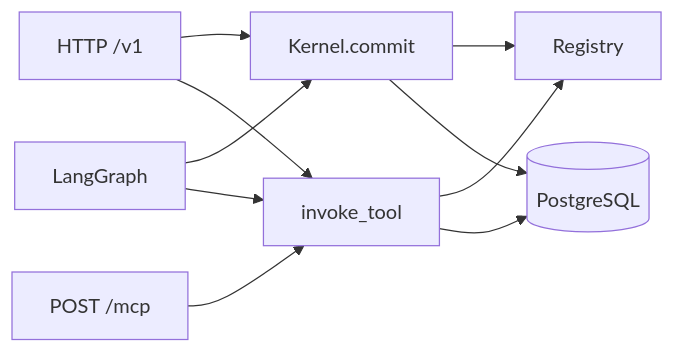
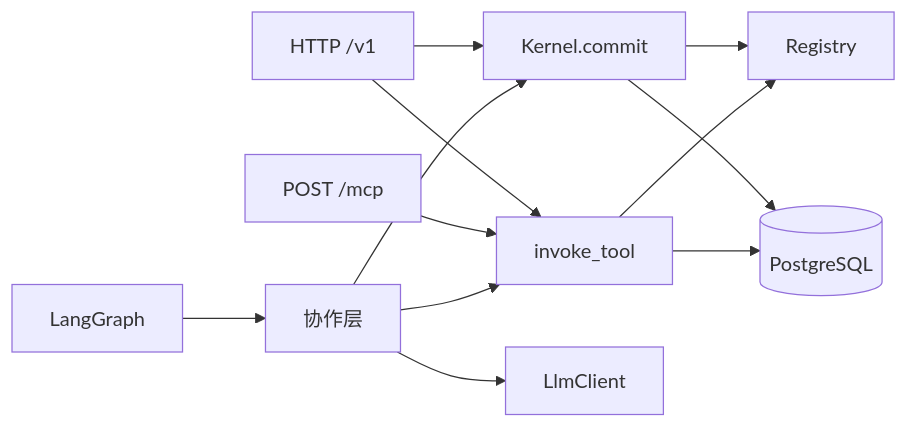
One commit to Covertrick/ACCK changed the first of 4 diagrams in docs/ARCHITECTURE.md. Above: the diagram before and after it, drawn with Mermaid. The commit also changed other lines of this file and 15 other files, not shown here.

````diff
--- a/docs/ARCHITECTURE.md
+++ b/docs/ARCHITECTURE.md
@@ -19,12 +19,14 @@
 ```mermaid
 flowchart LR
   HTTP[HTTP /v1] --> COMMIT[Kernel.commit]
   HTTP --> INVOKE[invoke_tool]
   MCP["POST /mcp"] --> INVOKE
-  LG[LangGraph] --> COMMIT
-  LG --> INVOKE
+  LG[LangGraph] --> COLLAB[协作层]
+  COLLAB --> LLM[LlmClient]
+  COLLAB --> COMMIT
+  COLLAB --> INVOKE
   COMMIT --> REG[Registry]
   INVOKE --> REG
   COMMIT --> PG[(PostgreSQL)]
   INVOKE --> PG
 ```
````
